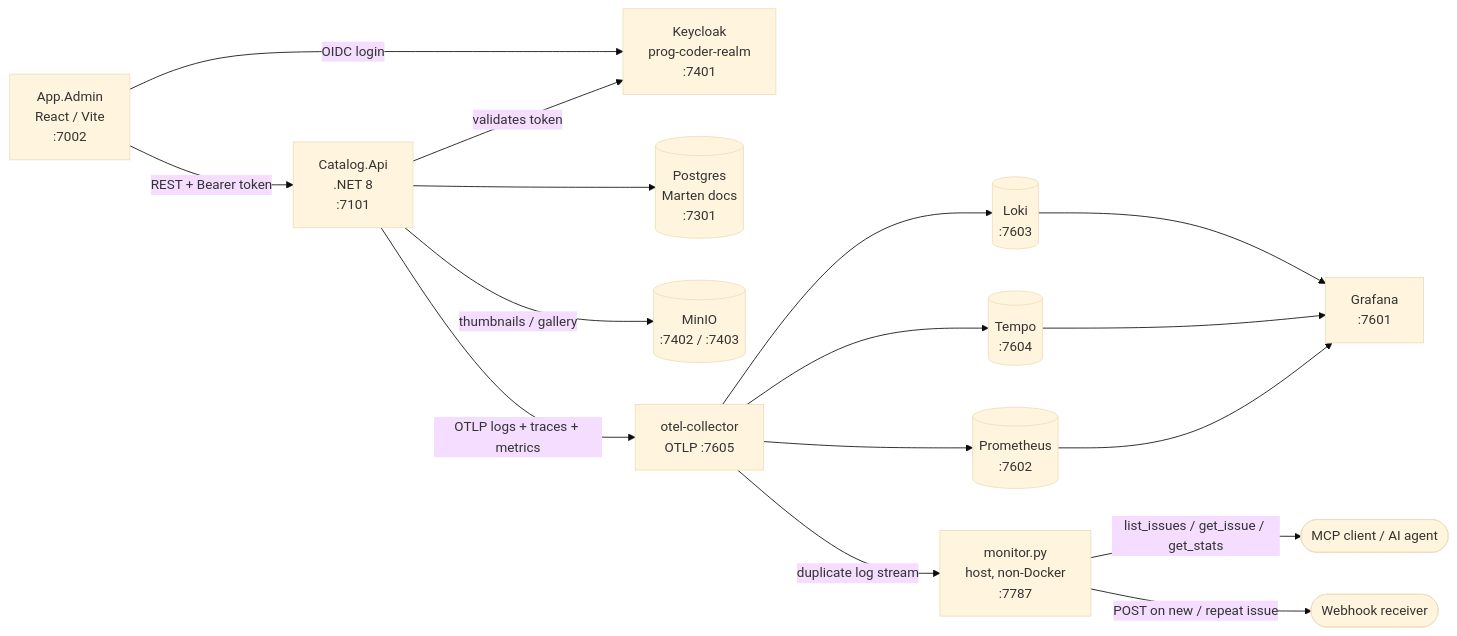
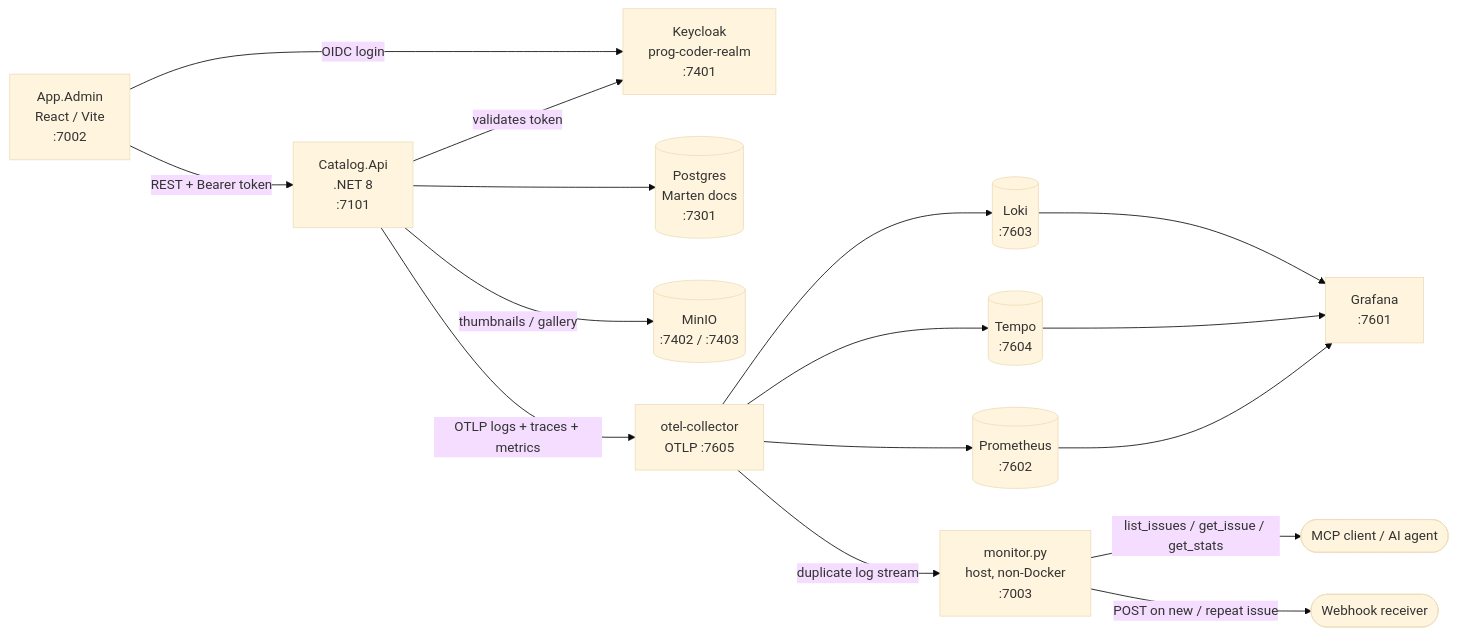
Before and after one commit to JubaerKhan/ams-progcoder-shop: the diagram in progcoder-shop/ARCHITECTURE.md, drawn with Mermaid (base theme). The commit also changed other lines of this file and 4 other files, not shown here.

````diff
--- a/progcoder-shop/ARCHITECTURE.md
+++ b/progcoder-shop/ARCHITECTURE.md
@@ -15,32 +15,32 @@
 ```mermaid
 flowchart LR
     Admin["App.Admin<br/>React / Vite<br/>:7002"]
     Catalog["Catalog.Api<br/>.NET 8<br/>:7101"]
     KC["Keycloak<br/>prog-coder-realm<br/>:7401"]
     PG[("Postgres<br/>Marten docs<br/>:7301")]
     Minio[("MinIO<br/>:7402 / :7403")]
     OTel["otel-collector<br/>OTLP :7605"]
     Loki[("Loki<br/>:7603")]
     Tempo[("Tempo<br/>:7604")]
     Prom[("Prometheus<br/>:7602")]
     Graf["Grafana<br/>:7601"]
-    Mon["monitor.py<br/>host, non-Docker<br/>:7787"]
+    Mon["monitor.py<br/>host, non-Docker<br/>:7003"]
     Agent(["MCP client / AI agent"])
     Hook(["Webhook receiver"])
 
     Admin -- "OIDC login" --> KC
     Admin -- "REST + Bearer token" --> Catalog
     Catalog -- "validates token" --> KC
     Catalog --> PG
     Catalog -- "thumbnails / gallery" --> Minio
     Catalog -- "OTLP logs + traces + metrics" --> OTel
     OTel --> Loki
     OTel --> Tempo
     OTel --> Prom
     OTel -- "duplicate log stream" --> Mon
     Loki --> Graf
     Tempo --> Graf
     Prom --> Graf
     Mon -- "list_issues / get_issue / get_stats" --> Agent
     Mon -- "POST on new / repeat issue" --> Hook
 ```
````
